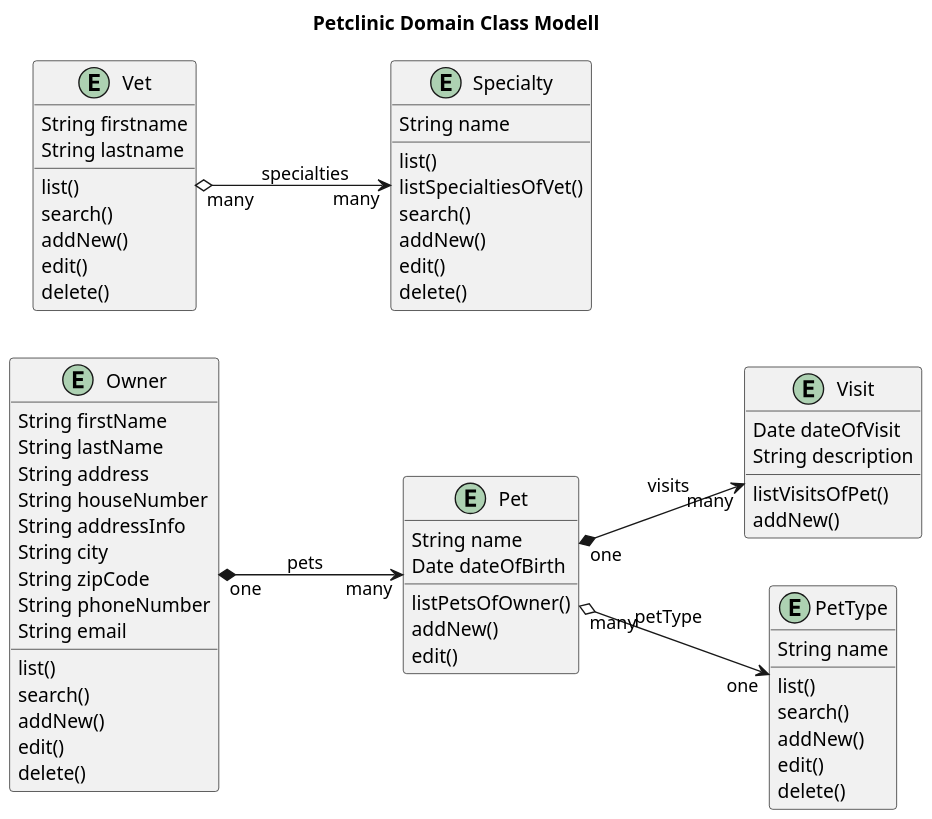
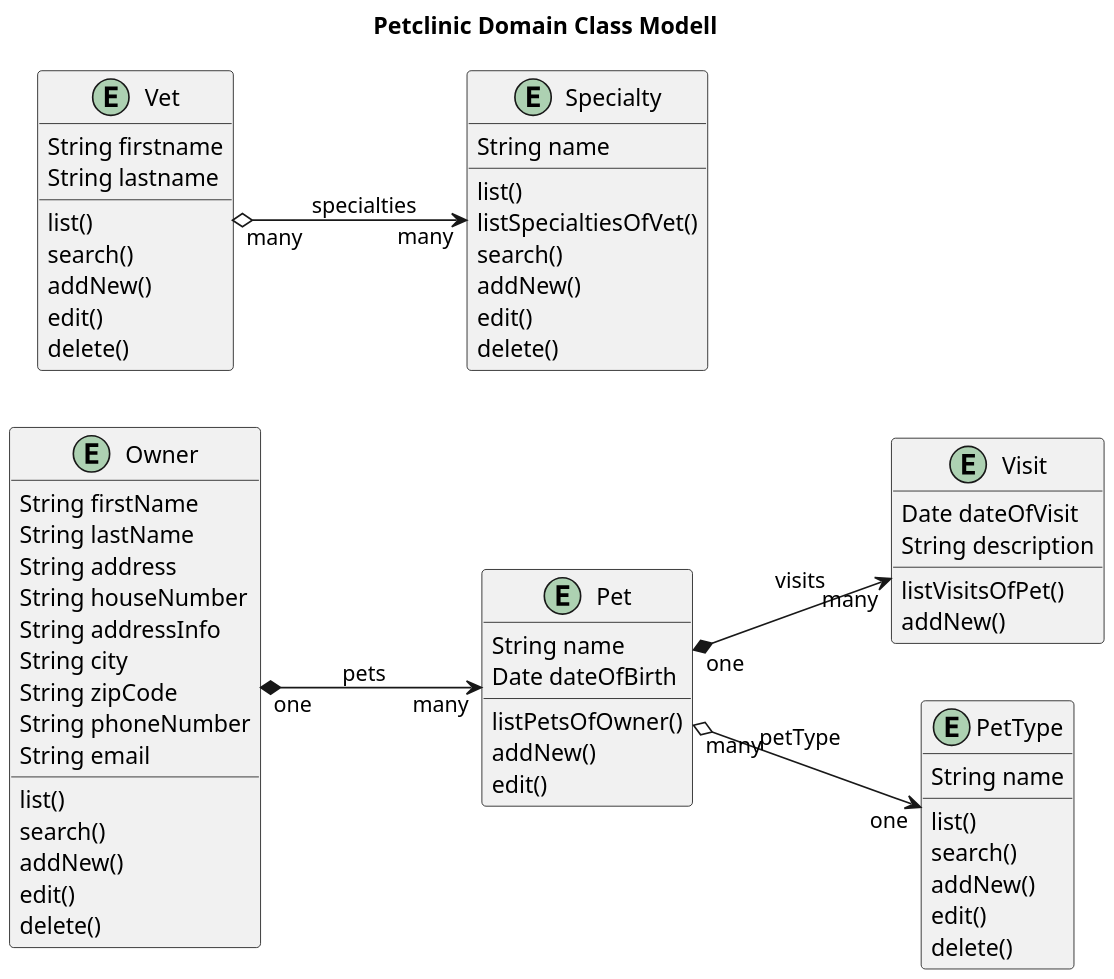
The diagram in etc/puml/Petclinic__Domain_Class_Modell.puml (Jakarta-EE-Petclinic/petclinic-uml), drawn with PlantUML before and after one commit. The commit also changed 22 other files, not shown here.

```diff
--- a/etc/puml/Petclinic__Domain_Class_Modell.puml
+++ b/etc/puml/Petclinic__Domain_Class_Modell.puml
@@ -1,78 +1,78 @@
 @startuml
 
 
 title Petclinic Domain Class Modell
 'https://plantuml.com/class-diagram
 
 left to right direction
 'top to bottom direction
 
-scale 1000 width
+scale 1200 width
 
 entity Owner {
- String firstName
- String lastName
- String address
- String houseNumber
- String addressInfo
- String city
- String zipCode
- String phoneNumber
- String email
- list()
- search()
- addNew()
- edit()
- delete()
+     String firstName
+     String lastName
+     String address
+     String houseNumber
+     String addressInfo
+     String city
+     String zipCode
+     String phoneNumber
+     String email
+     list()
+     search()
+     addNew()
+     edit()
+     delete()
 }
 
 entity Pet {
     String name
     Date dateOfBirth
     listPetsOfOwner()
     addNew()
     edit()
 }
 
 entity Visit {
     Date dateOfVisit
     String description
     listVisitsOfPet()
     addNew()
 }
 
 entity PetType {
     String name
     list()
     search()
     addNew()
     edit()
     delete()
 }
 
 entity Vet {
     String firstname
     String lastname
     list()
     search()
     addNew()
     edit()
     delete()
 }
 
 
 entity Specialty {
     String name
     list()
     listSpecialtiesOfVet()
     search()
     addNew()
     edit()
     delete()
 }
 
 Owner "one"  *--> "many"  Pet: pets
 Pet "one" *--> "many" Visit: visits
 Pet "many"  o-->  "one" PetType: petType
 Vet "many" o--> "many" Specialty: specialties
 @enduml
```
